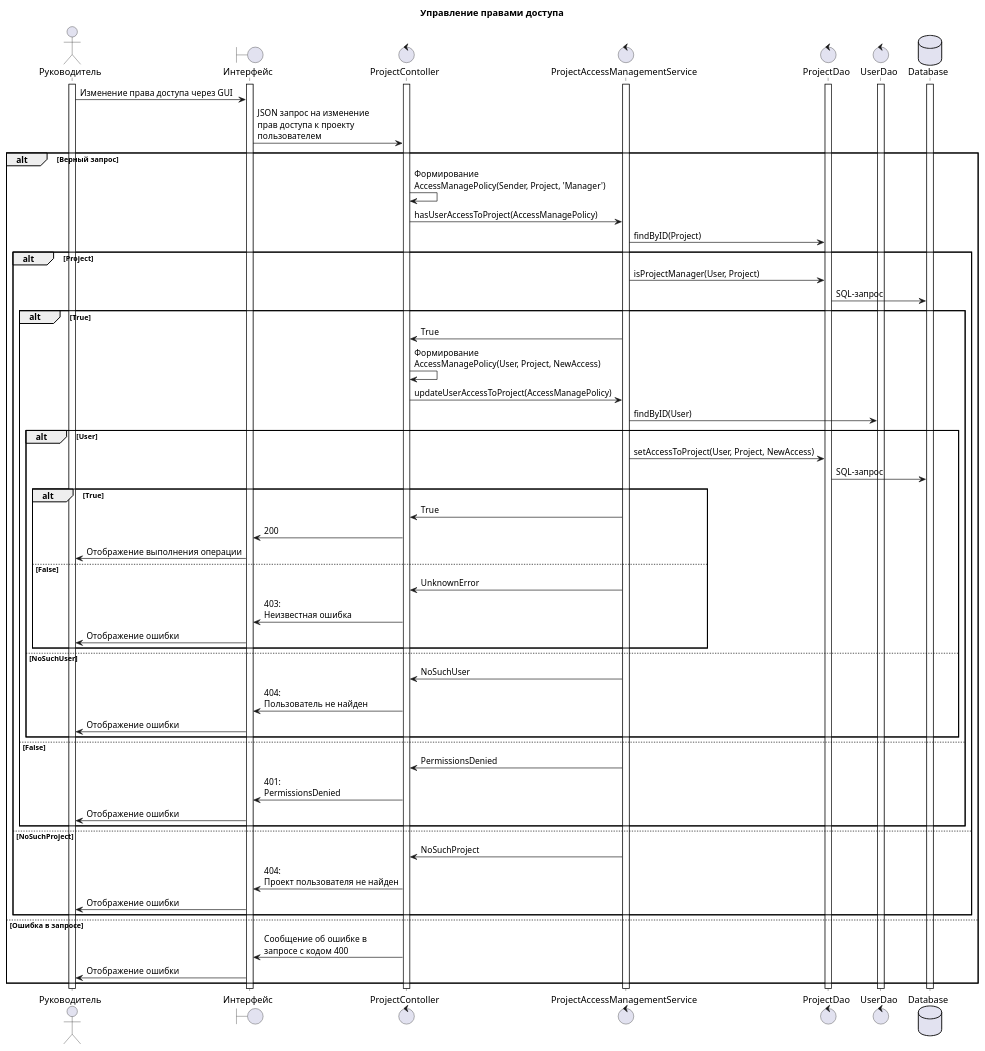
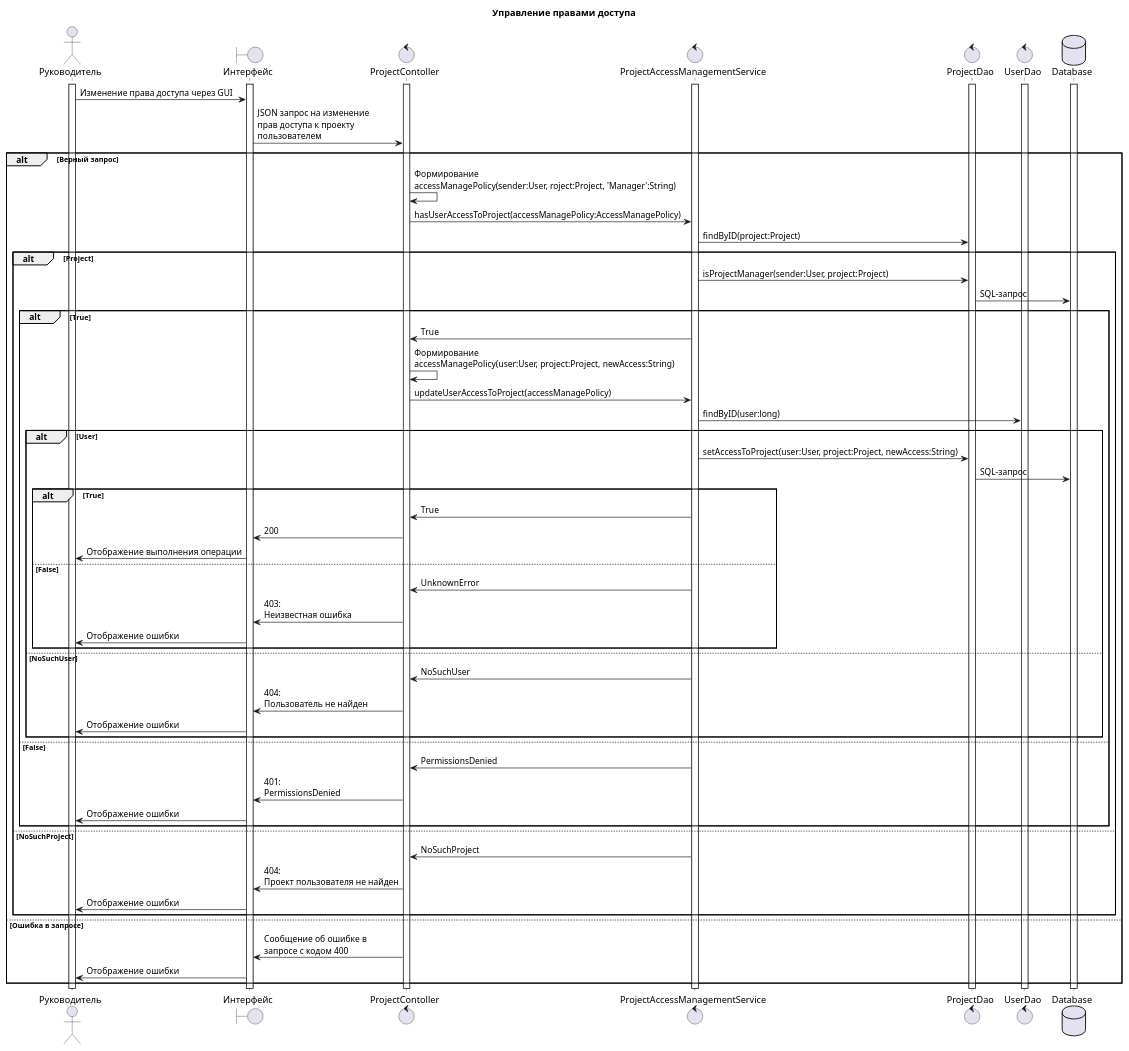
Before and after one commit to penamarth/bsbo-02-21_team_var7_erp: the diagram in UML diagrams/Sequence diagrams/manage-access-rights.wsd, drawn with PlantUML. The commit also changed 3 other files, not shown here.

```diff
--- a/UML diagrams/Sequence diagrams/manage-access-rights.wsd
+++ b/UML diagrams/Sequence diagrams/manage-access-rights.wsd
@@ -1,71 +1,71 @@
 @startuml sequence
 title Управление правами доступа
 
 actor Руководитель as user
 boundary "Интерфейс" as site
 control ProjectContoller as pcont
 control ProjectAccessManagementService as amserv
 control ProjectDao as pdao 
 control UserDao as udao
 database Database as db
 
 activate user
 activate site
 activate db
 activate pcont
 activate amserv
 activate pdao
 activate udao
 
 user -> site : Изменение права доступа через GUI
 site -> pcont : JSON запрос на изменение\nправ доступа к проекту\nпользователем
 
 
 alt Верный запрос
-    pcont -> pcont : Формирование\nAccessManagePolicy(Sender, Project, 'Manager')
-    pcont -> amserv : hasUserAccessToProject(AccessManagePolicy)
-    amserv -> pdao : findByID(Project)
+    pcont -> pcont : Формирование\naccessManagePolicy(sender:User, roject:Project, 'Manager':String)
+    pcont -> amserv : hasUserAccessToProject(accessManagePolicy:AccessManagePolicy)
+    amserv -> pdao : findByID(project:Project)
     alt Project
-        amserv -> pdao : isProjectManager(User, Project)
+        amserv -> pdao : isProjectManager(sender:User, project:Project)
         pdao -> db : SQL-запрос
         alt True
             pcont <- amserv : True
-            pcont -> pcont : Формирование\nAccessManagePolicy(User, Project, NewAccess)
-            pcont -> amserv: updateUserAccessToProject(AccessManagePolicy)
-            amserv -> udao : findByID(User)
+            pcont -> pcont : Формирование\naccessManagePolicy(user:User, project:Project, newAccess:String)
+            pcont -> amserv: updateUserAccessToProject(accessManagePolicy)
+            amserv -> udao : findByID(user:long)
             alt User
-                amserv -> pdao : setAccessToProject(User, Project, NewAccess)
+                amserv -> pdao : setAccessToProject(user:User, project:Project, newAccess:String)
                 pdao -> db : SQL-запрос
                 alt True
                     pcont <- amserv : True
                     site <- pcont : 200
                     user <- site : Отображение выполнения операции
                 else False
                     pcont <- amserv : UnknownError 
                     site <- pcont : 403:\nНеизвестная ошибка
                     user <- site : Отображение ошибки
                 end
             else NoSuchUser
                 pcont <- amserv : NoSuchUser
                 site <- pcont : 404:\nПользователь не найден
                 user <- site : Отображение ошибки
             end
         
         else False
             pcont <- amserv : PermissionsDenied
             site <- pcont : 401:\nPermissionsDenied
             user <- site : Отображение ошибки
         end
     else NoSuchProject
         pcont <- amserv : NoSuchProject
         site <- pcont : 404:\nПроект пользователя не найден
         user <- site : Отображение ошибки
     end
     
 else Ошибка в запросе
     pcont -> site : Сообщение об ошибке в\nзапросе с кодом 400
     user <- site : Отображение ошибки
 end
 
 
 @enduml
```
